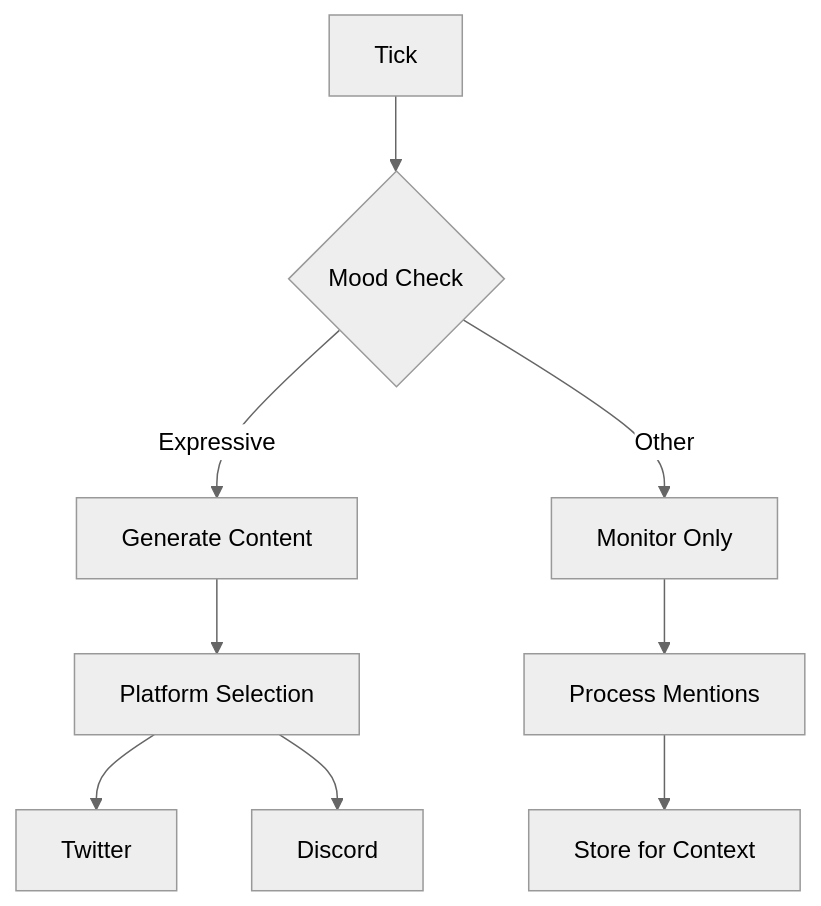
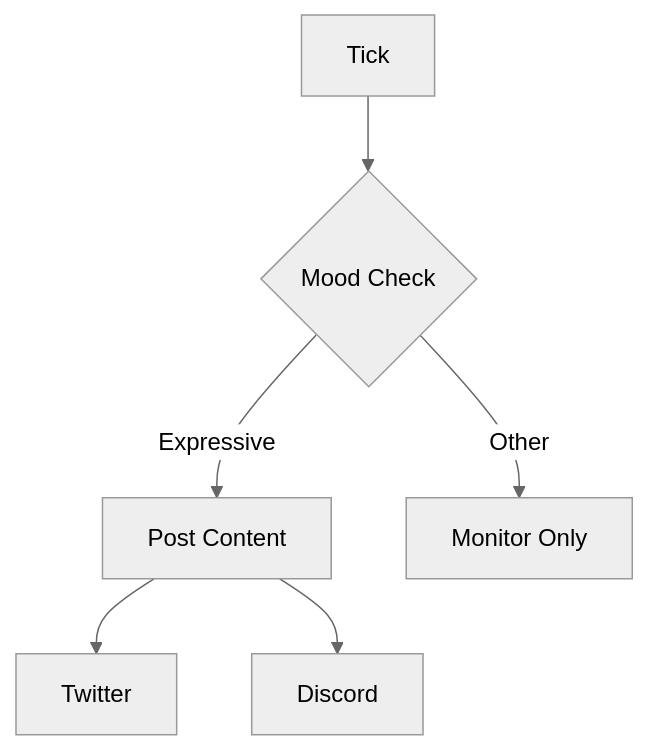
One commit to cloutprotocol/docs changed the diagram in examples/social-agent.mdx. Above: the diagram before and after it, drawn with Mermaid (neutral theme). The commit also changed other lines of this file and 6 other files, not shown here.

````diff
--- a/examples/social-agent.mdx
+++ b/examples/social-agent.mdx
@@ -13,11 +13,8 @@
 ```mermaid
 graph TD
     A[Tick] --> B{Mood Check}
-    B -->|Expressive| C[Generate Content]
+    B -->|Expressive| C[Post Content]
     B -->|Other| D[Monitor Only]
-    C --> E[Platform Selection]
-    E --> F[Twitter]
-    E --> G[Discord]
-    D --> H[Process Mentions]
-    H --> I[Store for Context]
+    C --> E[Twitter]
+    C --> F[Discord]
 ```
````
